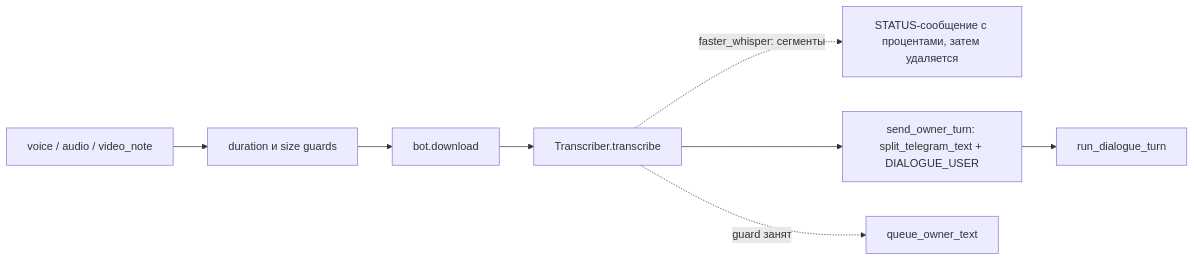
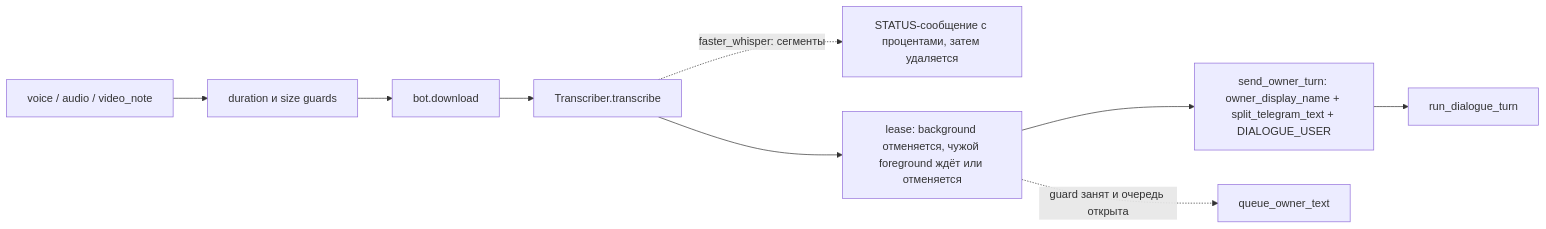
Before and after one commit to myvaheed/tg-ai-safwa: the ninth of 13 diagrams in docs/STRUCTURE_GRAPH.md, drawn with Mermaid. The commit also changed other lines of this file and 21 other files, not shown here.

````diff
--- a/docs/STRUCTURE_GRAPH.md
+++ b/docs/STRUCTURE_GRAPH.md
@@ -283,10 +283,11 @@
 ```mermaid
 flowchart LR
     V["voice / audio / video_note"] --> G["duration и size guards"]
     G --> D["bot.download"]
     D --> TR["Transcriber.transcribe"]
     TR -.->|"faster_whisper: сегменты"| P["STATUS-сообщение с процентами, затем удаляется"]
-    TR --> S["send_owner_turn: split_telegram_text + DIALOGUE_USER"]
+    TR --> L["lease: background отменяется, чужой foreground ждёт или отменяется"]
+    L --> S["send_owner_turn: owner_display_name + split_telegram_text + DIALOGUE_USER"]
     S --> RT["run_dialogue_turn"]
-    TR -.->|guard занят| Q["queue_owner_text"]
+    L -.->|guard занят и очередь открыта| Q["queue_owner_text"]
 ```
````
